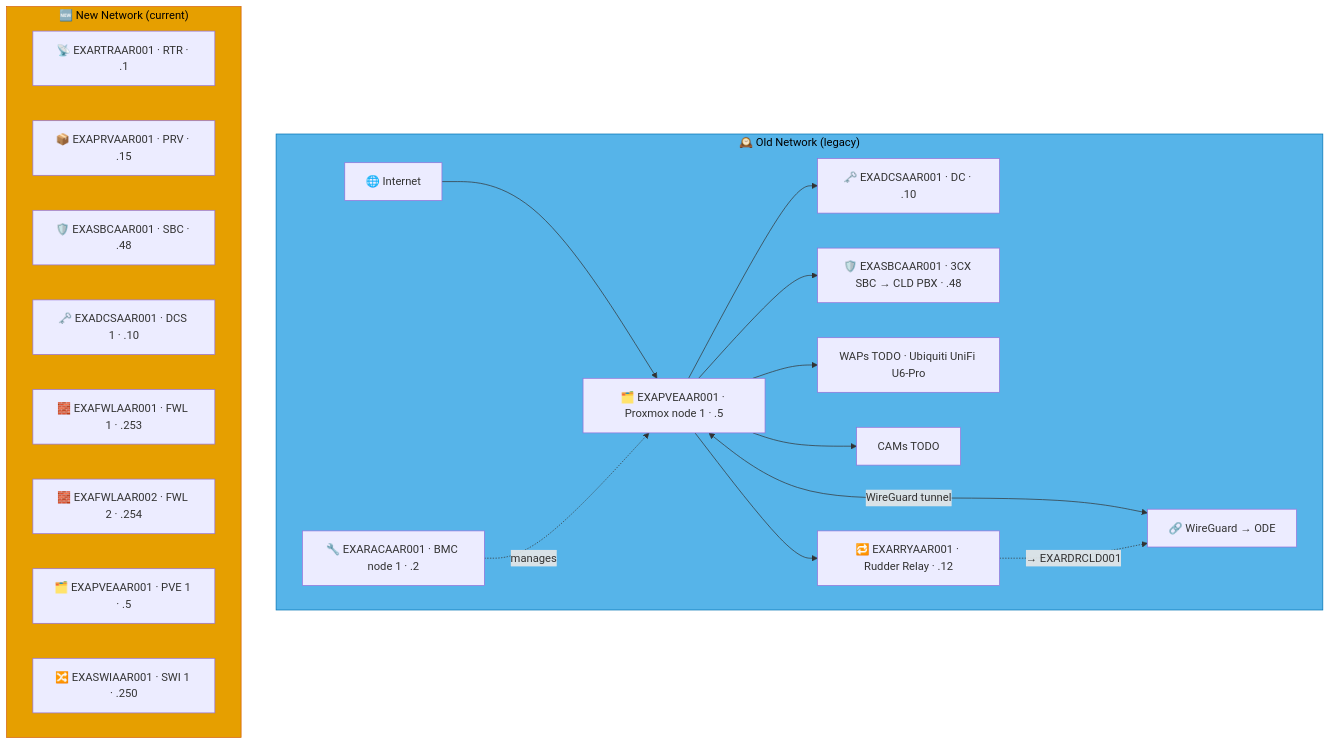
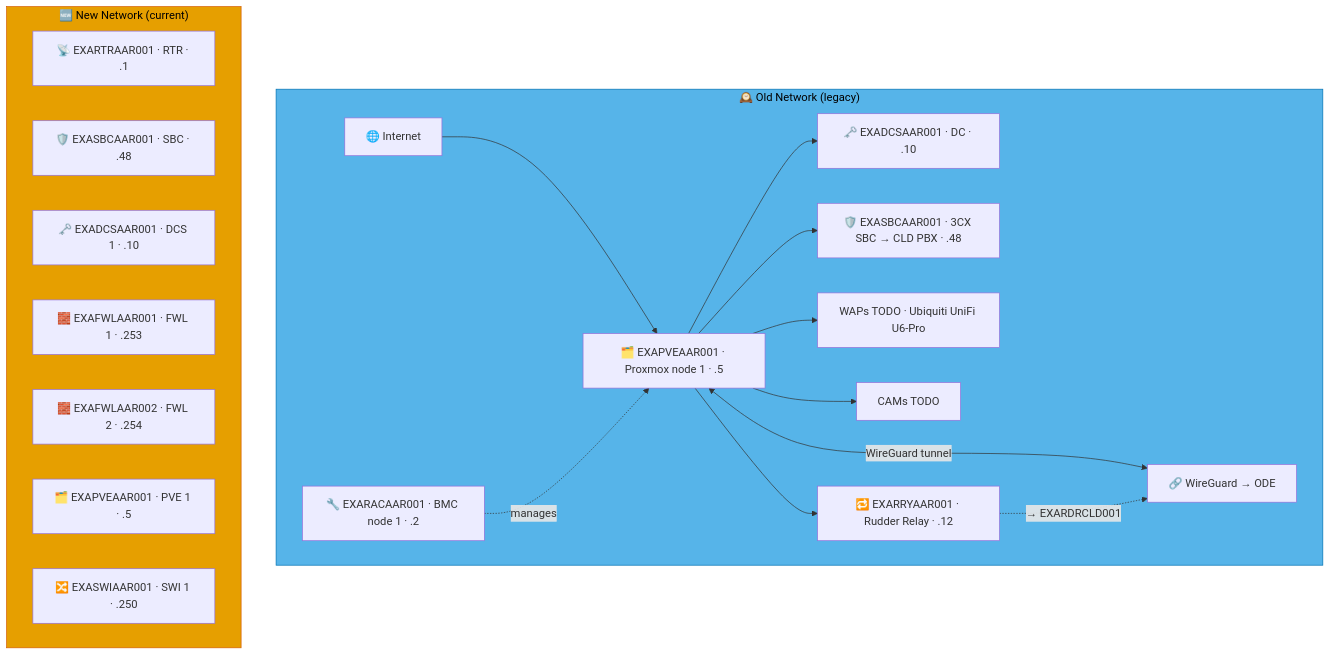
The sixth of 9 diagrams in docs/network-diagram/danmark.md (knightmare2600/example_music_infra), drawn with Mermaid before and after one commit. The commit also changed other lines of this file and 55 other files, not shown here.

````diff
--- a/docs/network-diagram/danmark.md
+++ b/docs/network-diagram/danmark.md
@@ -280,36 +275,35 @@
 ```mermaid
 graph TD
     subgraph OLD_AAR ["🕰️ Old Network (legacy)"]
       INET["🌐 Internet"]
       RAC["🔧 EXARACAAR001 · BMC node 1 · .2"]
       PVE["🗂️ EXAPVEAAR001 · Proxmox node 1 · .5"]
       DC["🗝️ EXADCSAAR001 · DC · .10"]
       SBC["🛡️ EXASBCAAR001 · 3CX SBC → CLD PBX · .48"]
       RRY["🔁 EXARRYAAR001 · Rudder Relay · .12"]
       WAP["WAPs TODO · Ubiquiti UniFi U6-Pro"]
       CAM["CAMs TODO"]
       VPN["🔗 WireGuard → ODE"]
 
       INET --> PVE --> DC & SBC
       RAC -.->|"manages"| PVE
       PVE --> WAP & CAM
       PVE <-->|"WireGuard tunnel"| VPN
 
       PVE --> RRY
       RRY -. "→ EXARDRCLD001" .-> VPN
     end
     style OLD_AAR fill:#56B4E9,stroke:#0072B2,color:#000000
     %% GENERATED:NEW-NETWORK:AAR:START
     subgraph NEW_AAR ["🆕 New Network (current)"]
       N_RTR["📡 EXARTRAAR001 · RTR · .1"]
-      N_PRV["📦 EXAPRVAAR001 · PRV · .15"]
       N_SBC["🛡️ EXASBCAAR001 · SBC · .48"]
       N_DCS["🗝️ EXADCSAAR001 · DCS 1 · .10"]
       N_FWL["🧱 EXAFWLAAR001 · FWL 1 · .253"]
       N_FWL2["🧱 EXAFWLAAR002 · FWL 2 · .254"]
       N_PVE["🗂️ EXAPVEAAR001 · PVE 1 · .5"]
       N_SWI["🔀 EXASWIAAR001 · SWI 1 · .250"]
     end
     style NEW_AAR fill:#E69F00,stroke:#D55E00,color:#000000
     %% GENERATED:NEW-NETWORK:AAR:END
 ```
````
